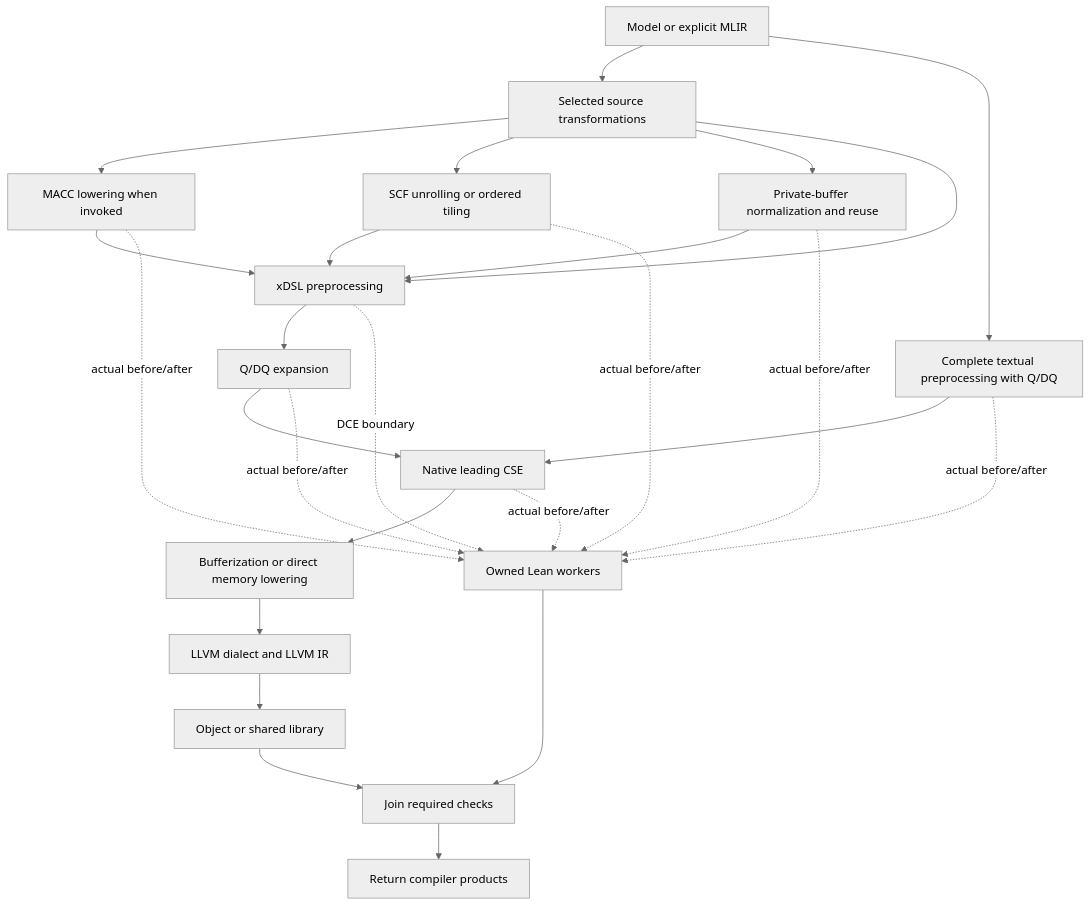
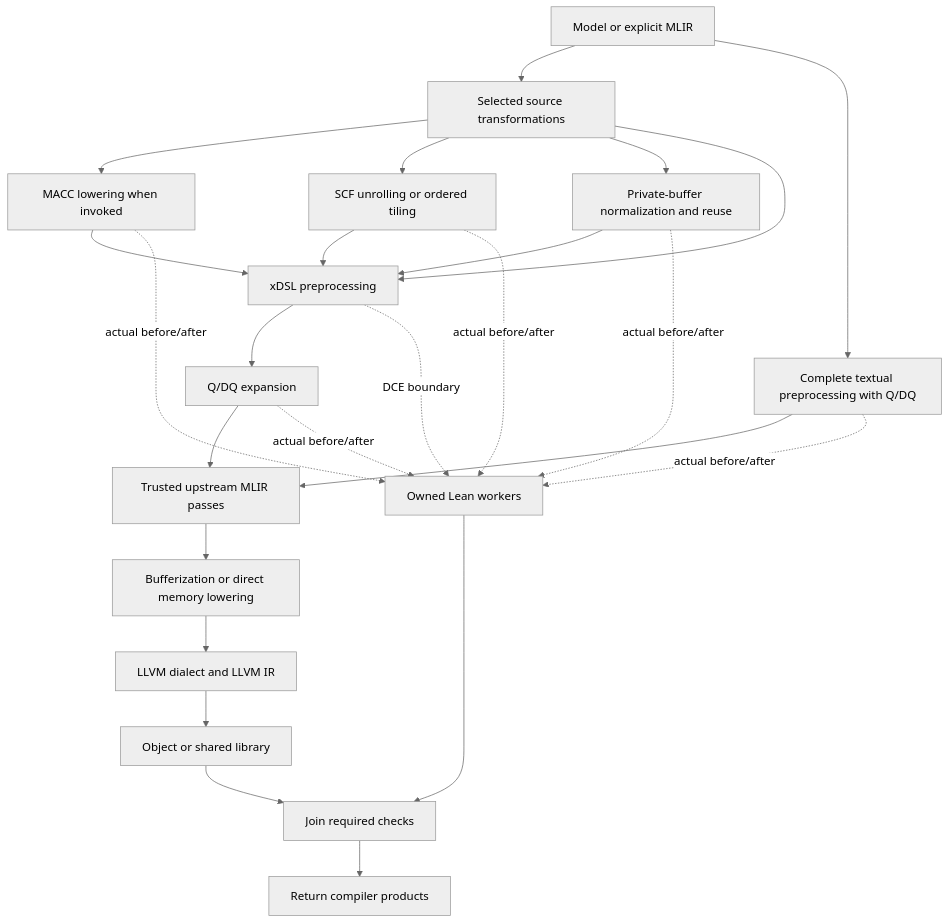
Before and after one commit to ucb-bar/merlin: the diagram in docs/guides/lean_compiler_stack.md, drawn with Mermaid (neutral theme). The commit also changed other lines of this file and 51 other files, not shown here.

Commit message:
refactor(verify): remove upstream MLIR pass verification

````diff
--- a/docs/guides/lean_compiler_stack.md
+++ b/docs/guides/lean_compiler_stack.md
@@ -61,28 +65,27 @@
 ```mermaid
 flowchart TD
   A[Model or explicit MLIR] --> B[Selected source transformations]
   B --> M[MACC lowering when invoked]
   B --> L[SCF unrolling or ordered tiling]
   B --> S[Private-buffer normalization and reuse]
   M --> E[xDSL preprocessing]
   L --> E
   S --> E
   B --> E
   E --> Q[Q/DQ expansion]
   A --> X[Complete textual preprocessing with Q/DQ]
-  Q --> C[Native leading CSE]
+  Q --> C[Trusted upstream MLIR passes]
   X --> C
   C --> D[Bufferization or direct memory lowering]
   D --> V[LLVM dialect and LLVM IR]
   V --> O[Object or shared library]
   M -. actual before/after .-> P[Owned Lean workers]
   L -. actual before/after .-> P
   S -. actual before/after .-> P
   E -. DCE boundary .-> P
   Q -. actual before/after .-> P
   X -. actual before/after .-> P
-  C -. actual before/after .-> P
   O --> J[Join required checks]
   P --> J
   J --> R[Return compiler products]
 ```
````
